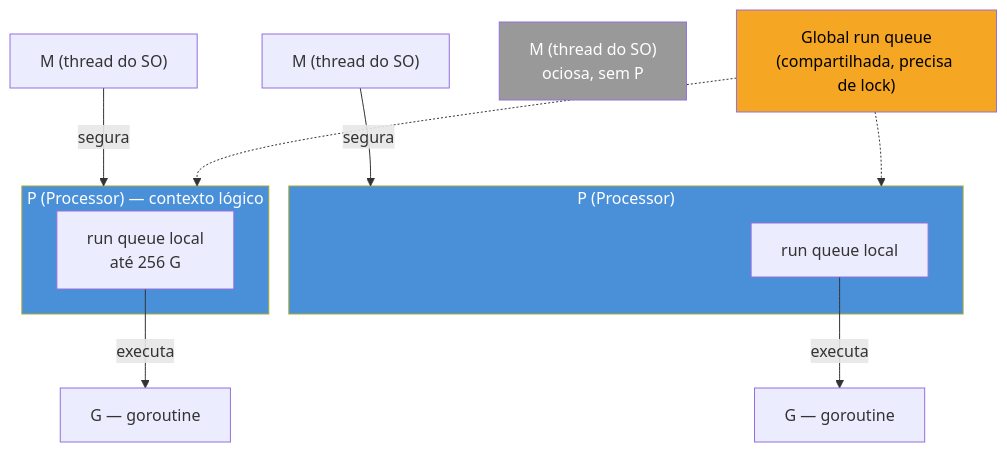
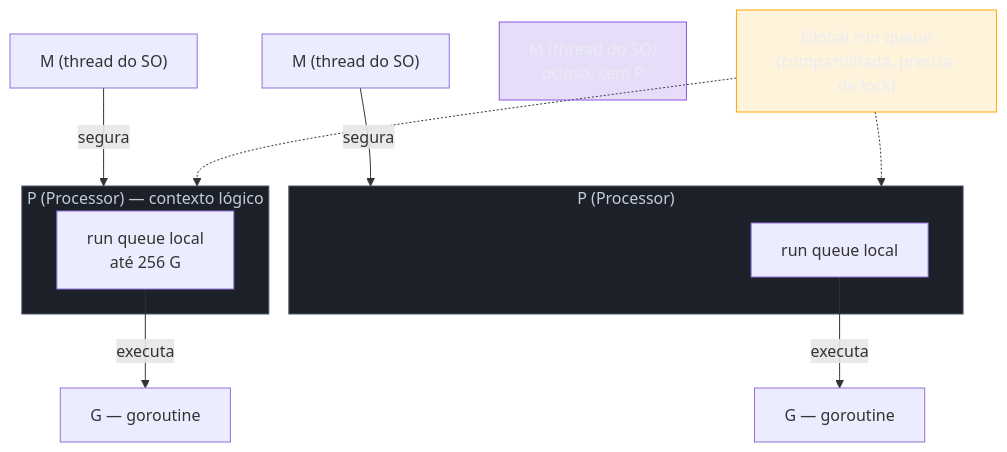
The first of 5 diagrams in 03-Dominios/Tecnologia/Go/17 - Runtime interno/02 - O scheduler GMP a fundo.md (josenaldo/codex-technomanticus), drawn with Mermaid before and after one commit. The commit also changed other lines of this file and 1181 other files, not shown here.

First line of the commit message:
fix(diagramas): paleta do sistema no lugar de cor cravada no markdown

````diff
--- a/03-Dominios/Tecnologia/Go/17 - Runtime interno/02 - O scheduler GMP a fundo.md
+++ b/03-Dominios/Tecnologia/Go/17 - Runtime interno/02 - O scheduler GMP a fundo.md
@@ -42,24 +42,27 @@
 ```mermaid
 flowchart TB
+    classDef neutro fill:#1B2029,stroke:#4E5666,color:#C6CCD8
+    classDef destaque fill:#FFAA0024,stroke:#FFAA00,color:#E9ECF2
+    classDef marca fill:#8855DF33,stroke:#8855DF,color:#E9ECF2
     subgraph P0["P (Processor) — contexto lógico"]
         RQ0["run queue local\naté 256 G"]
     end
     subgraph P1["P (Processor)"]
         RQ1["run queue local"]
     end
 
     M0["M (thread do SO)"] -->|segura| P0
     M1["M (thread do SO)"] -->|segura| P1
     M2["M (thread do SO)\nociosa, sem P"]
 
     RQ0 -->|executa| G0["G — goroutine"]
     RQ1 -->|executa| G1["G — goroutine"]
 
     GQ["Global run queue\n(compartilhada, precisa de lock)"] -.-> P0
     GQ -.-> P1
 
-    style P0 fill:#4A90D9,color:#fff
-    style P1 fill:#4A90D9,color:#fff
-    style GQ fill:#F5A623,color:#000
-    style M2 fill:#999,color:#fff
+    class P0 neutro
+    class P1 neutro
+    class GQ destaque
+    class M2 marca
 ```
````
